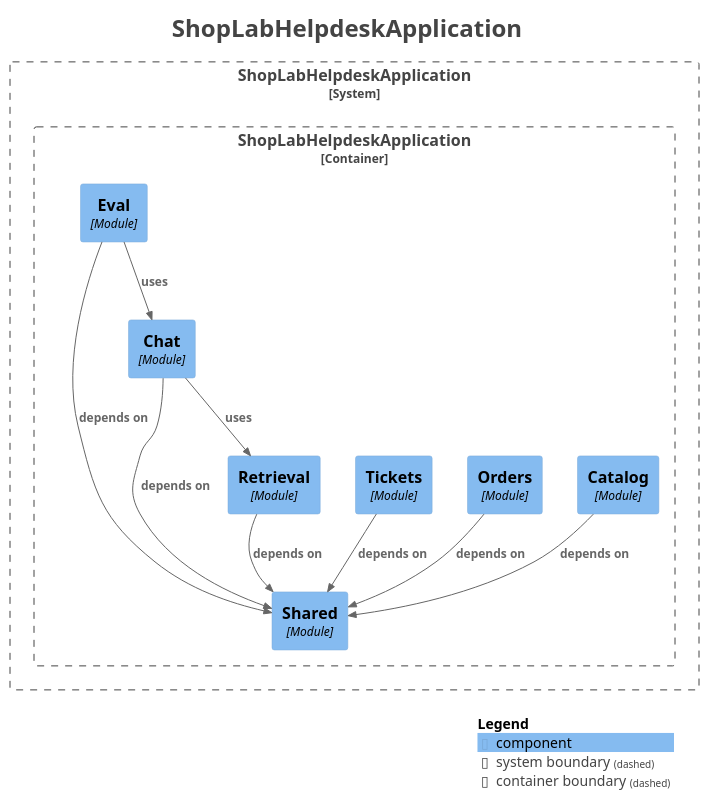
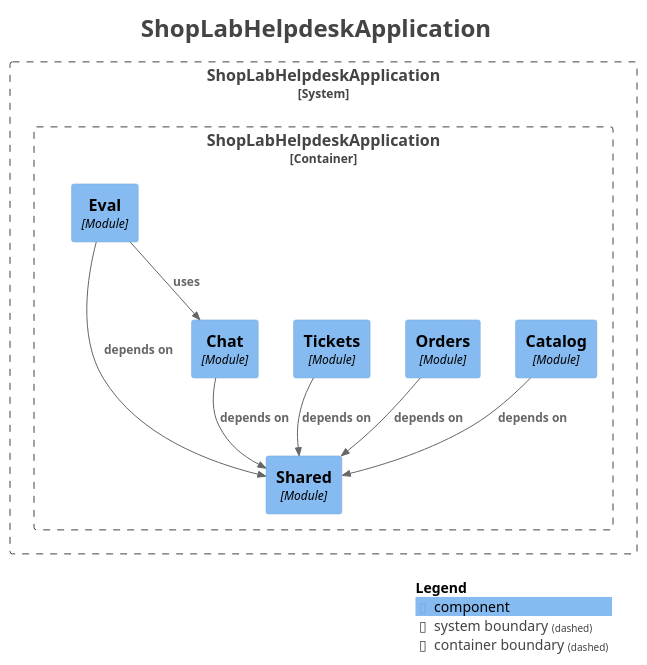
One commit to leandroAmariles/shoplab-helpdesk changed the diagram in docs/modulos/components.puml. Above: the diagram before and after it, drawn with PlantUML. The commit also changed 150 other files, not shown here.

First line of the commit message:
feat(chat): [LAB-129] retirar el módulo retrieval (#186)

```diff
--- a/docs/modulos/components.puml
+++ b/docs/modulos/components.puml
@@ -1,42 +1,39 @@
 @startuml
 title <size:24>ShopLabHelpdeskApplication</size>
 
 set separator none
 top to bottom direction
 
 <style>
   root {
     BackgroundColor: #ffffff
     FontColor: #444444
   }
 </style>
 
 !include <C4/C4>
 !include <C4/C4_Context>
 !include <C4/C4_Component>
 
 System_Boundary("ShopLabHelpdeskApplication_boundary", "ShopLabHelpdeskApplication", $tags="") {
   Container_Boundary("ShopLabHelpdeskApplication.ShopLabHelpdeskApplication_boundary", "ShopLabHelpdeskApplication", $tags="") {
     Component(ShopLabHelpdeskApplication.ShopLabHelpdeskApplication.Shared, "Shared", $techn="Module", $descr="", $tags="", $link="")
     Component(ShopLabHelpdeskApplication.ShopLabHelpdeskApplication.Catalog, "Catalog", $techn="Module", $descr="", $tags="", $link="")
+    Component(ShopLabHelpdeskApplication.ShopLabHelpdeskApplication.Chat, "Chat", $techn="Module", $descr="", $tags="", $link="")
     Component(ShopLabHelpdeskApplication.ShopLabHelpdeskApplication.Orders, "Orders", $techn="Module", $descr="", $tags="", $link="")
-    Component(ShopLabHelpdeskApplication.ShopLabHelpdeskApplication.Retrieval, "Retrieval", $techn="Module", $descr="", $tags="", $link="")
     Component(ShopLabHelpdeskApplication.ShopLabHelpdeskApplication.Tickets, "Tickets", $techn="Module", $descr="", $tags="", $link="")
-    Component(ShopLabHelpdeskApplication.ShopLabHelpdeskApplication.Chat, "Chat", $techn="Module", $descr="", $tags="", $link="")
     Component(ShopLabHelpdeskApplication.ShopLabHelpdeskApplication.Eval, "Eval", $techn="Module", $descr="", $tags="", $link="")
   }
 
 }
 
 Rel(ShopLabHelpdeskApplication.ShopLabHelpdeskApplication.Catalog, ShopLabHelpdeskApplication.ShopLabHelpdeskApplication.Shared, "depends on", $techn="", $tags="", $link="")
-Rel(ShopLabHelpdeskApplication.ShopLabHelpdeskApplication.Chat, ShopLabHelpdeskApplication.ShopLabHelpdeskApplication.Retrieval, "uses", $techn="", $tags="", $link="")
 Rel(ShopLabHelpdeskApplication.ShopLabHelpdeskApplication.Chat, ShopLabHelpdeskApplication.ShopLabHelpdeskApplication.Shared, "depends on", $techn="", $tags="", $link="")
 Rel(ShopLabHelpdeskApplication.ShopLabHelpdeskApplication.Eval, ShopLabHelpdeskApplication.ShopLabHelpdeskApplication.Chat, "uses", $techn="", $tags="", $link="")
 Rel(ShopLabHelpdeskApplication.ShopLabHelpdeskApplication.Eval, ShopLabHelpdeskApplication.ShopLabHelpdeskApplication.Shared, "depends on", $techn="", $tags="", $link="")
 Rel(ShopLabHelpdeskApplication.ShopLabHelpdeskApplication.Orders, ShopLabHelpdeskApplication.ShopLabHelpdeskApplication.Shared, "depends on", $techn="", $tags="", $link="")
-Rel(ShopLabHelpdeskApplication.ShopLabHelpdeskApplication.Retrieval, ShopLabHelpdeskApplication.ShopLabHelpdeskApplication.Shared, "depends on", $techn="", $tags="", $link="")
 Rel(ShopLabHelpdeskApplication.ShopLabHelpdeskApplication.Tickets, ShopLabHelpdeskApplication.ShopLabHelpdeskApplication.Shared, "depends on", $techn="", $tags="", $link="")
 
 SHOW_LEGEND(true)
 hide stereotypes
 @enduml
```
